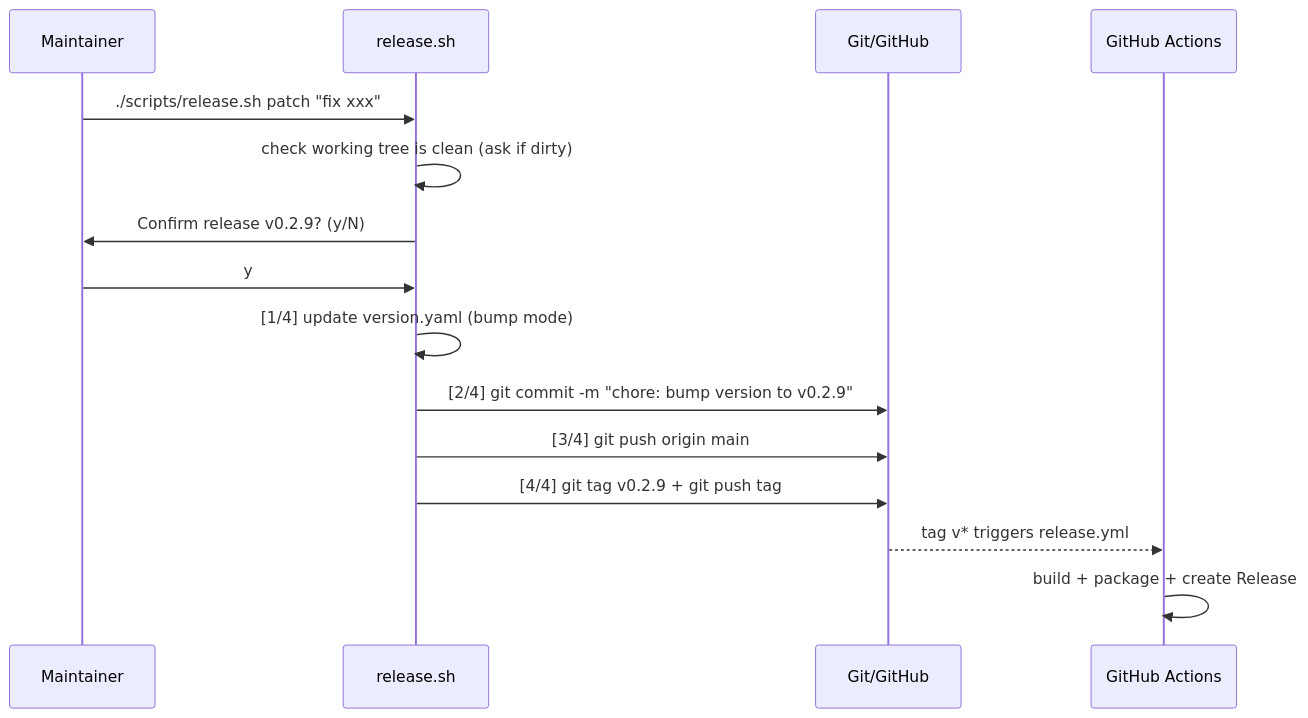
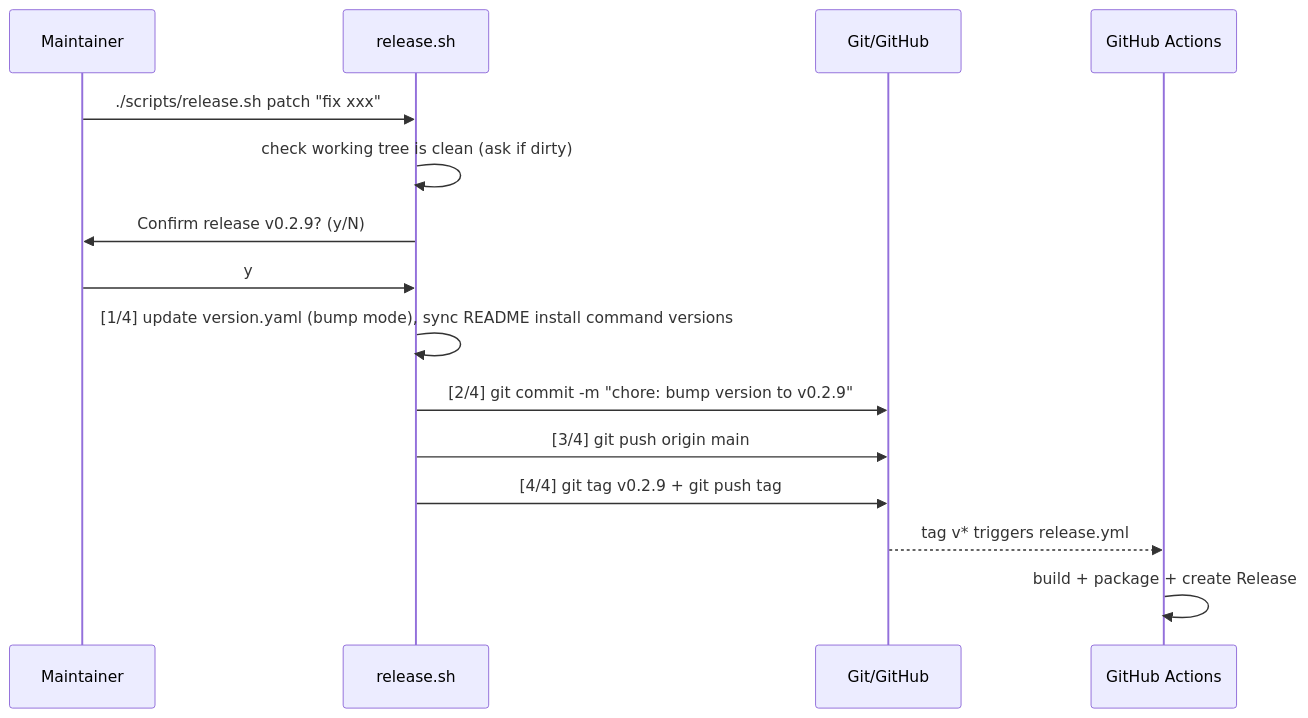
Before and after one commit to gonewx/nextalk: the third of 5 diagrams in docs/build-and-release.md, drawn with Mermaid. The commit also changed 2 other files, not shown here.

Commit message:
chore: release.sh 发版时同步 README 安装命令中的包版本号

````diff
--- a/docs/build-and-release.md
+++ b/docs/build-and-release.md
@@ -219,18 +219,18 @@
 ```mermaid
 sequenceDiagram
     participant U as Maintainer
     participant R as release.sh
     participant G as Git/GitHub
     participant CI as GitHub Actions
 
     U->>R: ./scripts/release.sh patch "fix xxx"
     R->>R: check working tree is clean (ask if dirty)
     R->>U: Confirm release v0.2.9? (y/N)
     U->>R: y
-    R->>R: [1/4] update version.yaml (bump mode)
+    R->>R: [1/4] update version.yaml (bump mode), sync README install command versions
     R->>G: [2/4] git commit -m "chore: bump version to v0.2.9"
     R->>G: [3/4] git push origin main
     R->>G: [4/4] git tag v0.2.9 + git push tag
     G-->>CI: tag v* triggers release.yml
     CI->>CI: build + package + create Release
 ```
````
